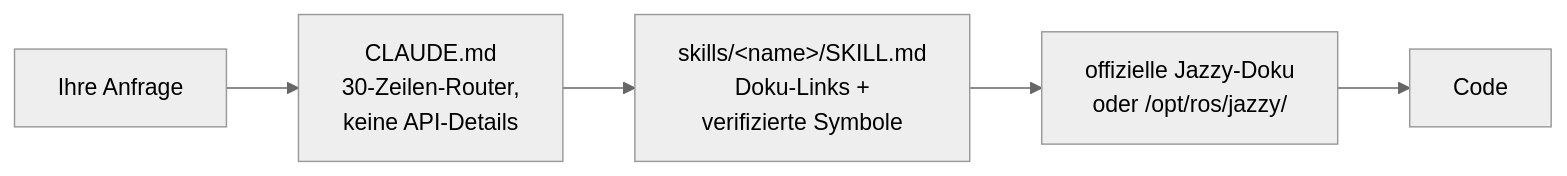
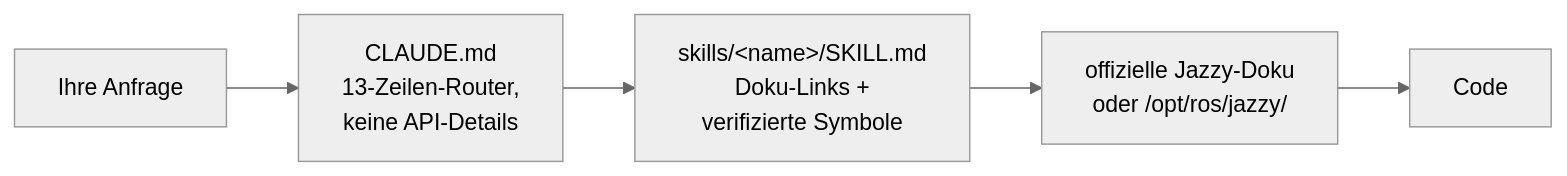
Before and after one commit to Leehyunbin0131/claude-ros2-skills: the diagram in README.de.md, drawn with Mermaid (neutral theme). The commit also changed other lines of this file and 27 other files, not shown here.

````diff
--- a/README.de.md
+++ b/README.de.md
@@ -145,7 +145,7 @@
 ```mermaid
 flowchart LR
-    A["Ihre Anfrage"] --> B["CLAUDE.md<br/>30-Zeilen-Router,<br/>keine API-Details"]
+    A["Ihre Anfrage"] --> B["CLAUDE.md<br/>13-Zeilen-Router,<br/>keine API-Details"]
     B --> C["skills/&lt;name&gt;/SKILL.md<br/>Doku-Links +<br/>verifizierte Symbole"]
     C --> D["offizielle Jazzy-Doku<br/>oder /opt/ros/jazzy/"]
     D --> E["Code"]
 ```
````
